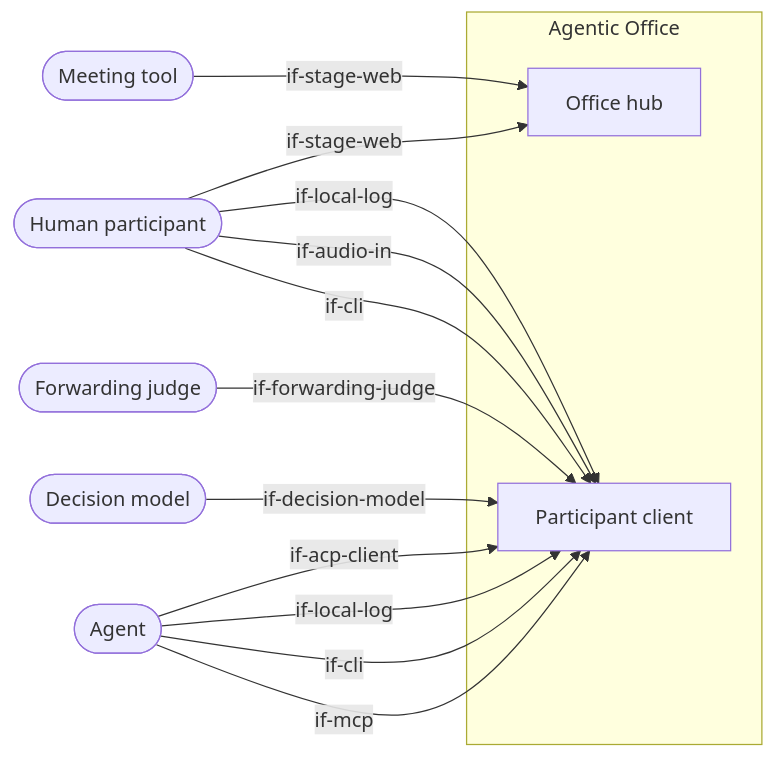
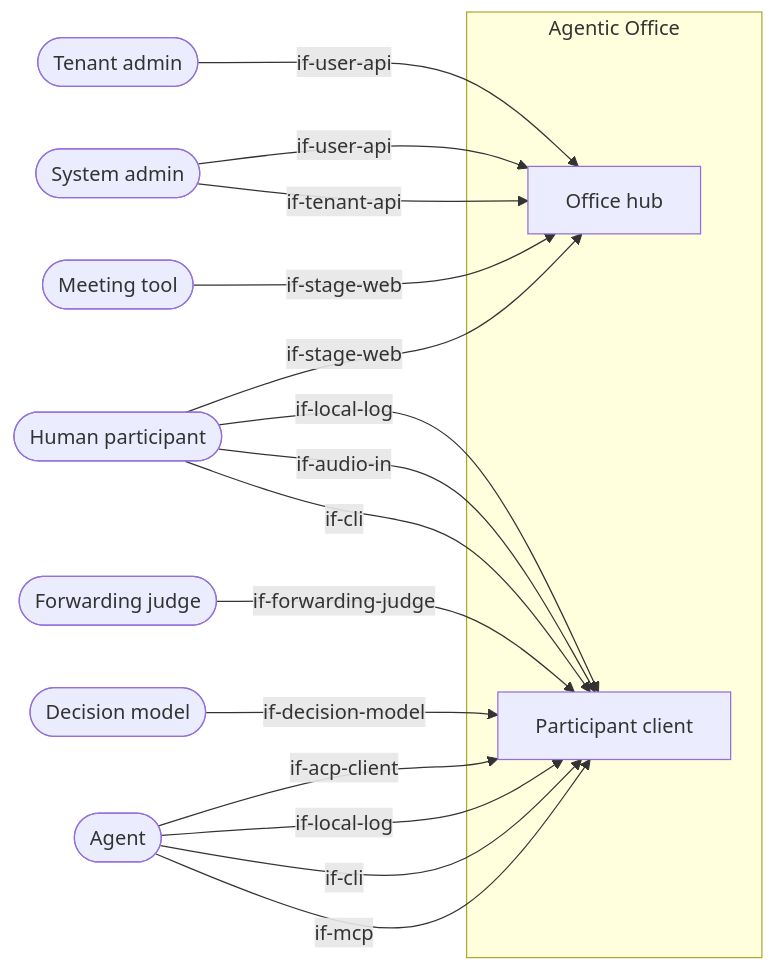
One commit to mrsimpson/agentic-office changed the diagram in docs/architecture/03-system-context.arc42.md. Above: the diagram before and after it, drawn with Mermaid. The commit also changed other lines of this file and 9 other files, not shown here.

First line of the commit message:
Propose multi-tenancy: tenants, one repository per tenant, tenant and system admins (#111)

````diff
--- a/docs/architecture/03-system-context.arc42.md
+++ b/docs/architecture/03-system-context.arc42.md
@@ -20,23 +20,28 @@
 ```mermaid
 flowchart LR
     actor_agent([Agent])
     actor_decision_model([Decision model])
     actor_forwarding_judge([Forwarding judge])
     actor_human([Human participant])
     actor_meeting_tool([Meeting tool])
+    actor_system_admin([System admin])
+    actor_tenant_admin([Tenant admin])
     subgraph office [Agentic Office]
         bb_office_hub[Office hub]
         bb_participant_client[Participant client]
     end
     actor_agent -->|if-mcp| bb_participant_client
     actor_agent -->|if-cli| bb_participant_client
     actor_agent -->|if-local-log| bb_participant_client
     actor_agent -->|if-acp-client| bb_participant_client
     actor_decision_model -->|if-decision-model| bb_participant_client
     actor_forwarding_judge -->|if-forwarding-judge| bb_participant_client
     actor_human -->|if-cli| bb_participant_client
     actor_human -->|if-audio-in| bb_participant_client
     actor_human -->|if-local-log| bb_participant_client
     actor_human -->|if-stage-web| bb_office_hub
     actor_meeting_tool -->|if-stage-web| bb_office_hub
+    actor_system_admin -->|if-tenant-api| bb_office_hub
+    actor_system_admin -->|if-user-api| bb_office_hub
+    actor_tenant_admin -->|if-user-api| bb_office_hub
 ```
````
